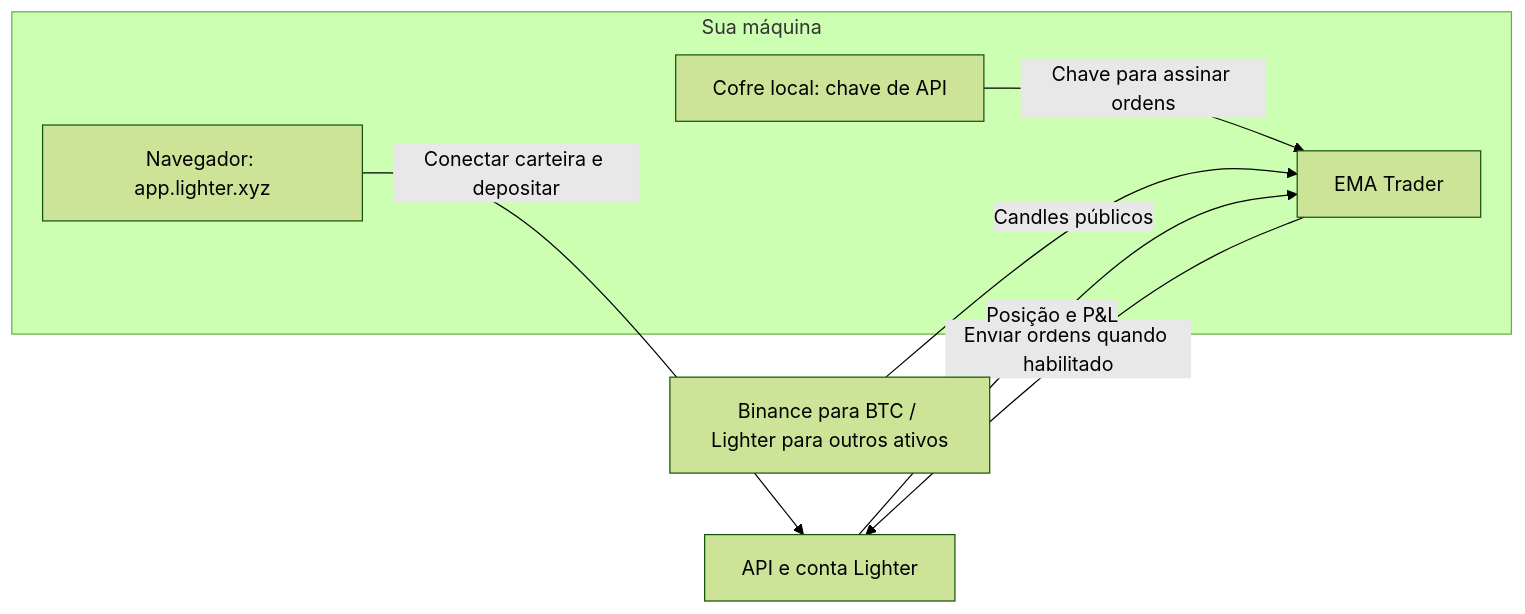
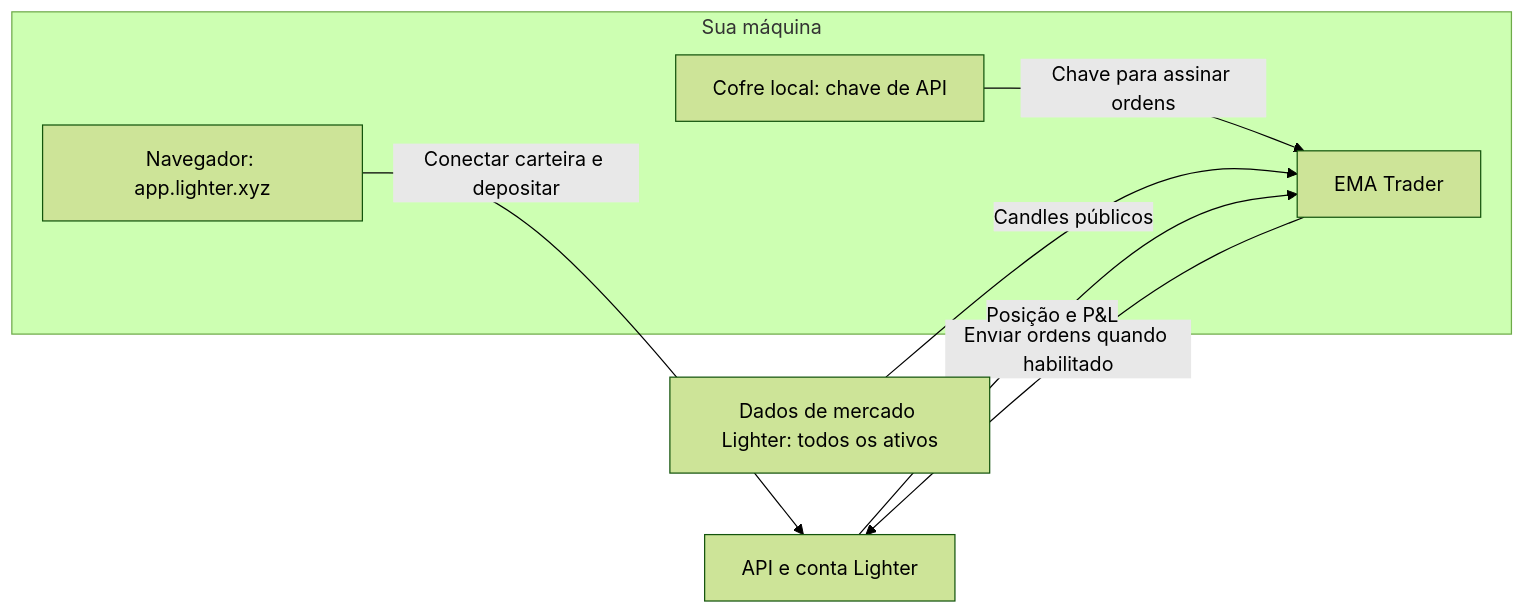
The diagram in README.md (ramonck/EMATrader), drawn with Mermaid (forest theme) before and after one commit. The commit also changed other lines of this file and 25 other files, not shown here.

````diff
--- a/README.md
+++ b/README.md
@@ -33,15 +35,15 @@
 ```mermaid
 flowchart LR
     subgraph LOCAL["Sua máquina"]
         B["Navegador: app.lighter.xyz"]
         R["EMA Trader"]
         V["Cofre local: chave de API"]
     end
     L["API e conta Lighter"]
-    M["Binance para BTC / Lighter para outros ativos"]
+    M["Dados de mercado Lighter: todos os ativos"]
     B -->|"Conectar carteira e depositar"| L
     V -->|"Chave para assinar ordens"| R
     M -->|"Candles públicos"| R
     R -->|"Enviar ordens quando habilitado"| L
     L -->|"Posição e P&L"| R
 ```
````
